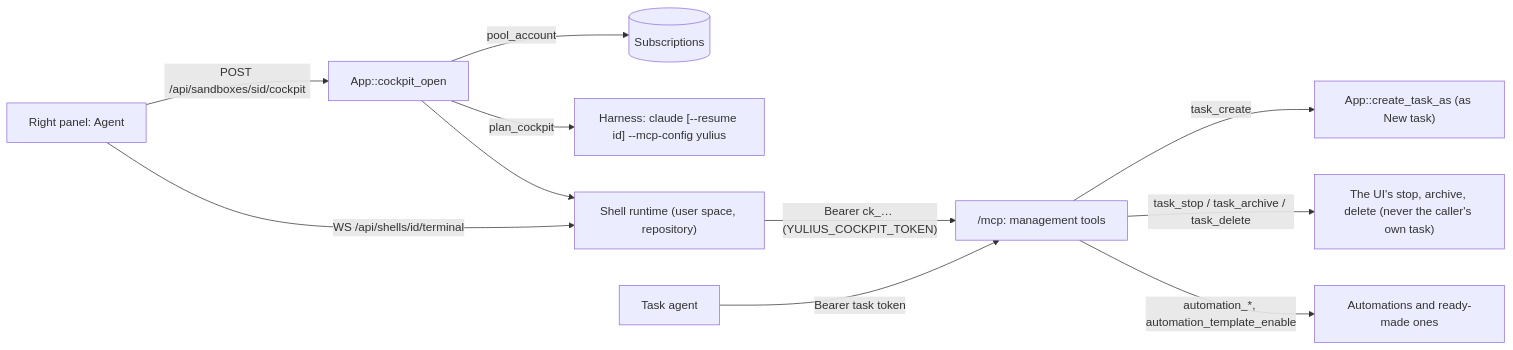
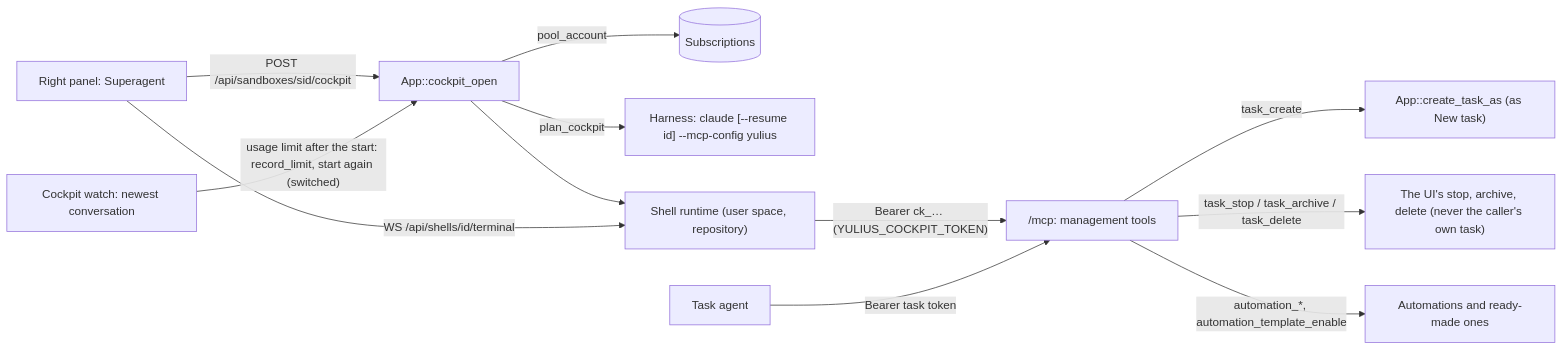
One commit to Quartio-Studio/yulius changed the ninth of 14 diagrams in docs/architecture.md. Above: the diagram before and after it, drawn with Mermaid. The commit also changed other lines of this file and 27 other files, not shown here.

First line of the commit message:
fix(cockpit): the Superagent moves past a usage limit like a task (#69) (#358)

````diff
--- a/docs/architecture.md
+++ b/docs/architecture.md
@@ -277,13 +287,14 @@
 ```mermaid
 flowchart LR
-  UI["Right panel: Agent"] -->|"POST /api/sandboxes/sid/cockpit"| APP["App::cockpit_open"]
+  UI["Right panel: Superagent"] -->|"POST /api/sandboxes/sid/cockpit"| APP["App::cockpit_open"]
   APP -->|"pool_account"| POOL[("Subscriptions")]
+  W["Cockpit watch: newest conversation"] -->|"usage limit after the start: record_limit, start again (switched)"| APP
   APP -->|"plan_cockpit"| HP["Harness: claude [--resume id] --mcp-config yulius"]
   APP --> SH["Shell runtime (user space, repository)"]
   UI -->|"WS /api/shells/id/terminal"| SH
   SH -->|"Bearer ck_… (YULIUS_COCKPIT_TOKEN)"| MCP["/mcp: management tools"]
   AG["Task agent"] -->|"Bearer task token"| MCP
   MCP -->|"task_create"| NT["App::create_task_as (as New task)"]
   MCP -->|"task_stop / task_archive / task_delete"| TU["The UI's stop, archive, delete (never the caller's own task)"]
   MCP -->|"automation_*, automation_template_enable"| AU["Automations and ready-made ones"]
 ```
````
